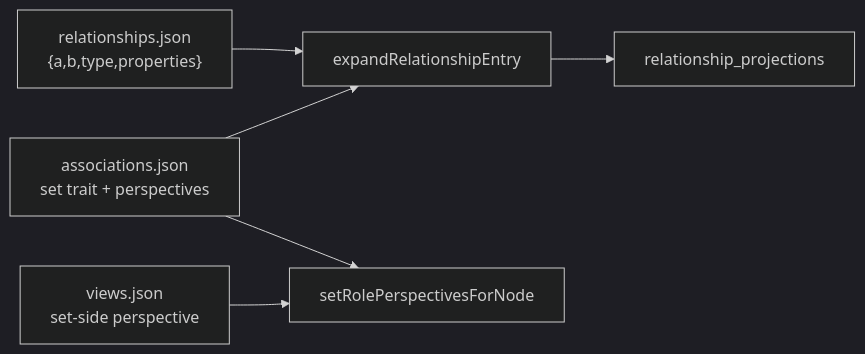
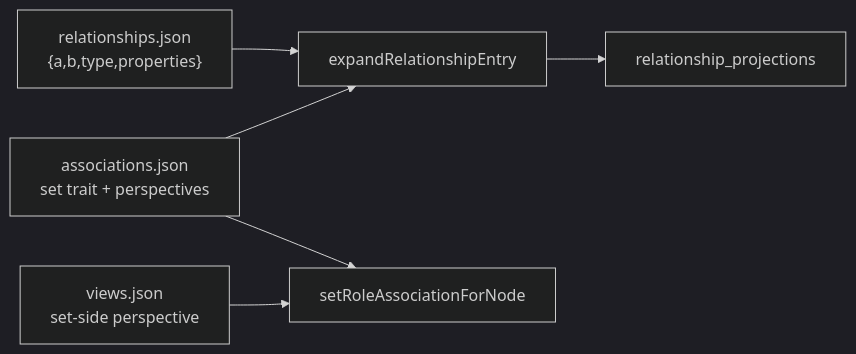
One commit to silentorb/tome changed the diagram in docs/features/sets.md. Above: the diagram before and after it, drawn with Mermaid (dark theme). The commit also changed other lines of this file and 100 other files, not shown here.

Commit message:
Make association perspectives display labels only; key directed use by association id and endpoint index.

````diff
--- a/docs/features/sets.md
+++ b/docs/features/sets.md
@@ -143,15 +142,15 @@
 ```mermaid
 flowchart LR
   JSON["relationships.json\n{a,b,type,properties}"]
   REG["associations.json\nset trait + perspectives"]
   VIEWS["views.json\nset-side perspective"]
   EXP["expandRelationshipEntry"]
   PROJ["relationship_projections"]
-  CTX["setRolePerspectivesForNode"]
+  CTX["setRoleAssociationForNode"]
 
   JSON --> EXP
   REG --> EXP
   EXP --> PROJ
   VIEWS --> CTX
   REG --> CTX
 ```
````
